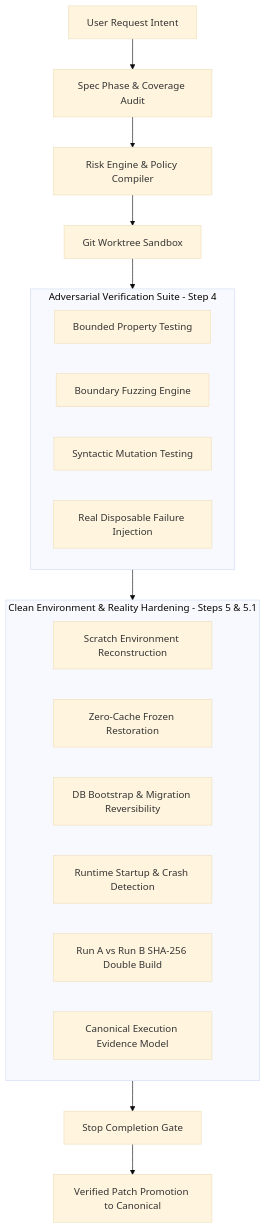
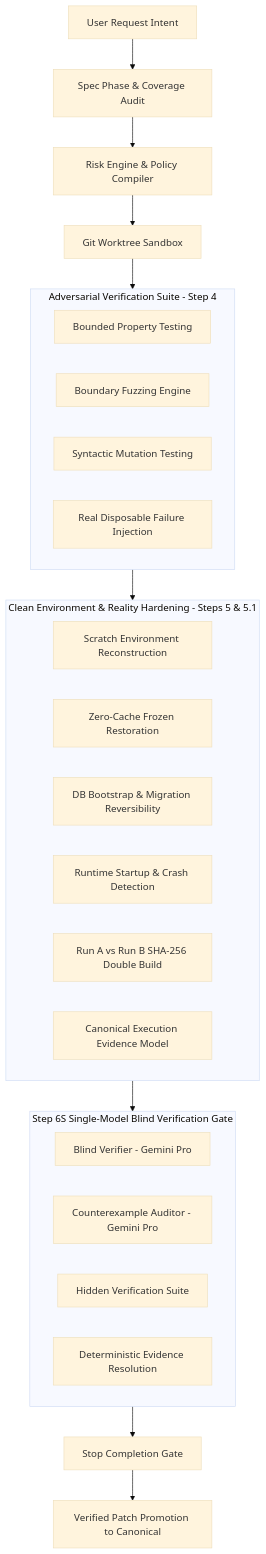
One commit to WinierKingYT/antigravityflash changed the diagram in README.md. Above: the diagram before and after it, drawn with Mermaid (base theme). The commit also changed other lines of this file and 12 other files, not shown here.

First line of the commit message:
feat(step6s): implement single-model blind verification & evidence resolution gate

````diff
--- a/README.md
+++ b/README.md
@@ -24,28 +25,37 @@
 ```mermaid
 flowchart TD
     Req[User Request Intent] --> SpecLock[Spec Phase & Coverage Audit]
     SpecLock --> RiskEng[Risk Engine & Policy Compiler]
     RiskEng --> SandBox[Git Worktree Sandbox]
     
     subgraph AdvEngines [Adversarial Verification Suite - Step 4]
         Prop[Bounded Property Testing]
         Fuzz[Boundary Fuzzing Engine]
         Mut[Syntactic Mutation Testing]
         Fault[Real Disposable Failure Injection]
     end
     
     SandBox --> AdvEngines
     
     subgraph CleanEnvFactory [Clean Environment & Reality Hardening - Steps 5 & 5.1]
         FreshEnv[Scratch Environment Reconstruction]
         ZeroCache[Zero-Cache Frozen Restoration]
         DBVerify[DB Bootstrap & Migration Reversibility]
         Smoke[Runtime Startup & Crash Detection]
         DoubleBuild[Run A vs Run B SHA-256 Double Build]
         ExecModel[Canonical Execution Evidence Model]
     end
     
     AdvEngines --> CleanEnvFactory
-    CleanEnvFactory --> StopGate[Stop Completion Gate]
+
+    subgraph Step6S [Step 6S Single-Model Blind Verification Gate]
+        BlindAudit[Blind Verifier - Gemini Pro]
+        CXAudit[Counterexample Auditor - Gemini Pro]
+        HiddenChecks[Hidden Verification Suite]
+        EvResolution[Deterministic Evidence Resolution]
+    end
+
+    CleanEnvFactory --> Step6S
+    Step6S --> StopGate[Stop Completion Gate]
     StopGate --> Promotion[Verified Patch Promotion to Canonical]
 ```
````
